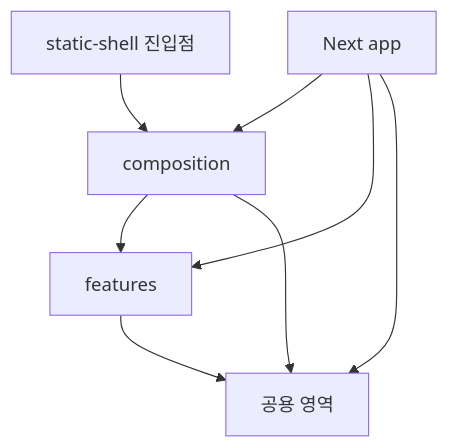
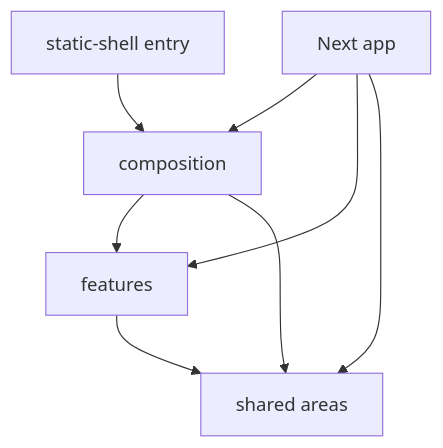
Before and after one commit to angmoo-tree/angmoo: the diagram in frontend/ARCHITECTURE.md, drawn with Mermaid. The commit also changed other lines of this file and 65 other files, not shown here.

````diff
--- a/frontend/ARCHITECTURE.md
+++ b/frontend/ARCHITECTURE.md
@@ -622,10 +206,10 @@
 ```mermaid
 flowchart TD
     N[Next app] --> C[composition]
-    S[static-shell 진입점] --> C
+    S[static-shell entry] --> C
     N --> F[features]
     C --> F
-    C --> U[공용 영역]
+    C --> U[shared areas]
     F --> U
     N --> U
 ```
````
